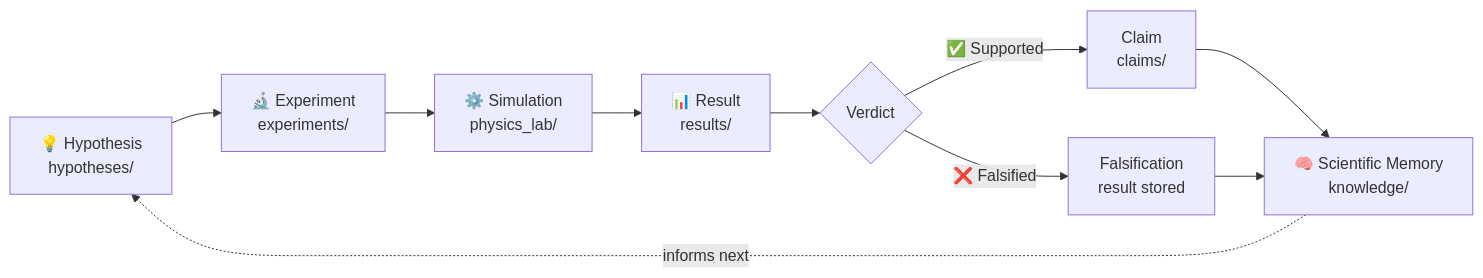
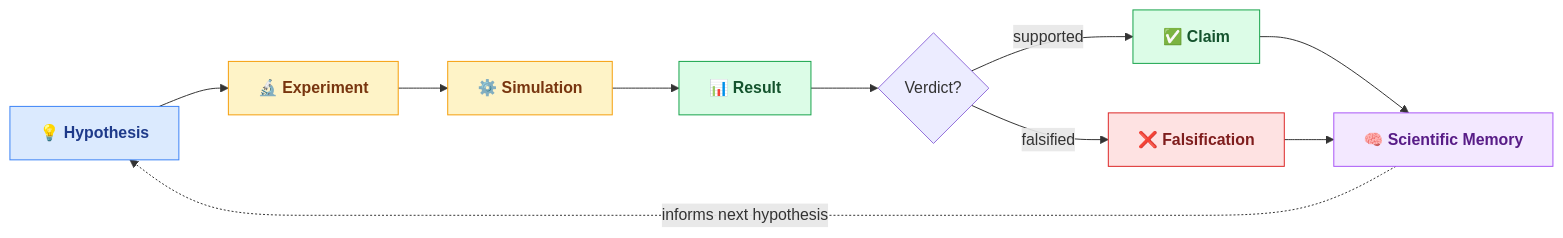
Before and after one commit to open-agent-science/autonomous-physics-lab: the first of 3 diagrams in README.md, drawn with Mermaid. The commit also changed other lines of this file and 1 other file, not shown here.

First line of the commit message:
docs(task-0095): redesign diagrams with colors, simplified work paths, horizontal tracks

````diff
--- a/README.md
+++ b/README.md
@@ -13,12 +13,17 @@
 ```mermaid
 flowchart LR
-    H["💡 Hypothesis\nhypotheses/"] --> E["🔬 Experiment\nexperiments/"]
-    E --> S["⚙️ Simulation\nphysics_lab/"]
-    S --> R["📊 Result\nresults/"]
-    R --> V{Verdict}
-    V -->|"✅ Supported"| C["Claim\nclaims/"]
-    V -->|"❌ Falsified"| F["Falsification\nresult stored"]
-    C --> M["🧠 Scientific Memory\nknowledge/"]
-    F --> M
-    M -.->|"informs next"| H
+    classDef hyp  fill:#dbeafe,stroke:#3b82f6,color:#1e3a8a,font-weight:bold
+    classDef exp  fill:#fef3c7,stroke:#f59e0b,color:#78350f,font-weight:bold
+    classDef res  fill:#dcfce7,stroke:#16a34a,color:#14532d,font-weight:bold
+    classDef bad  fill:#fee2e2,stroke:#dc2626,color:#7f1d1d,font-weight:bold
+    classDef mem  fill:#f3e8ff,stroke:#a855f7,color:#581c87,font-weight:bold
+
+    H["💡 Hypothesis"]:::hyp  --> E["🔬 Experiment"]:::exp
+    E                          --> S["⚙️ Simulation"]:::exp
+    S                          --> R["📊 Result"]:::res
+    R                          --> V{"Verdict?"}
+    V -->|"supported"| C["✅ Claim"]:::res
+    V -->|"falsified"| F["❌ Falsification"]:::bad
+    C & F                      --> M["🧠 Scientific Memory"]:::mem
+    M -.->|"informs next hypothesis"| H
 ```
````
